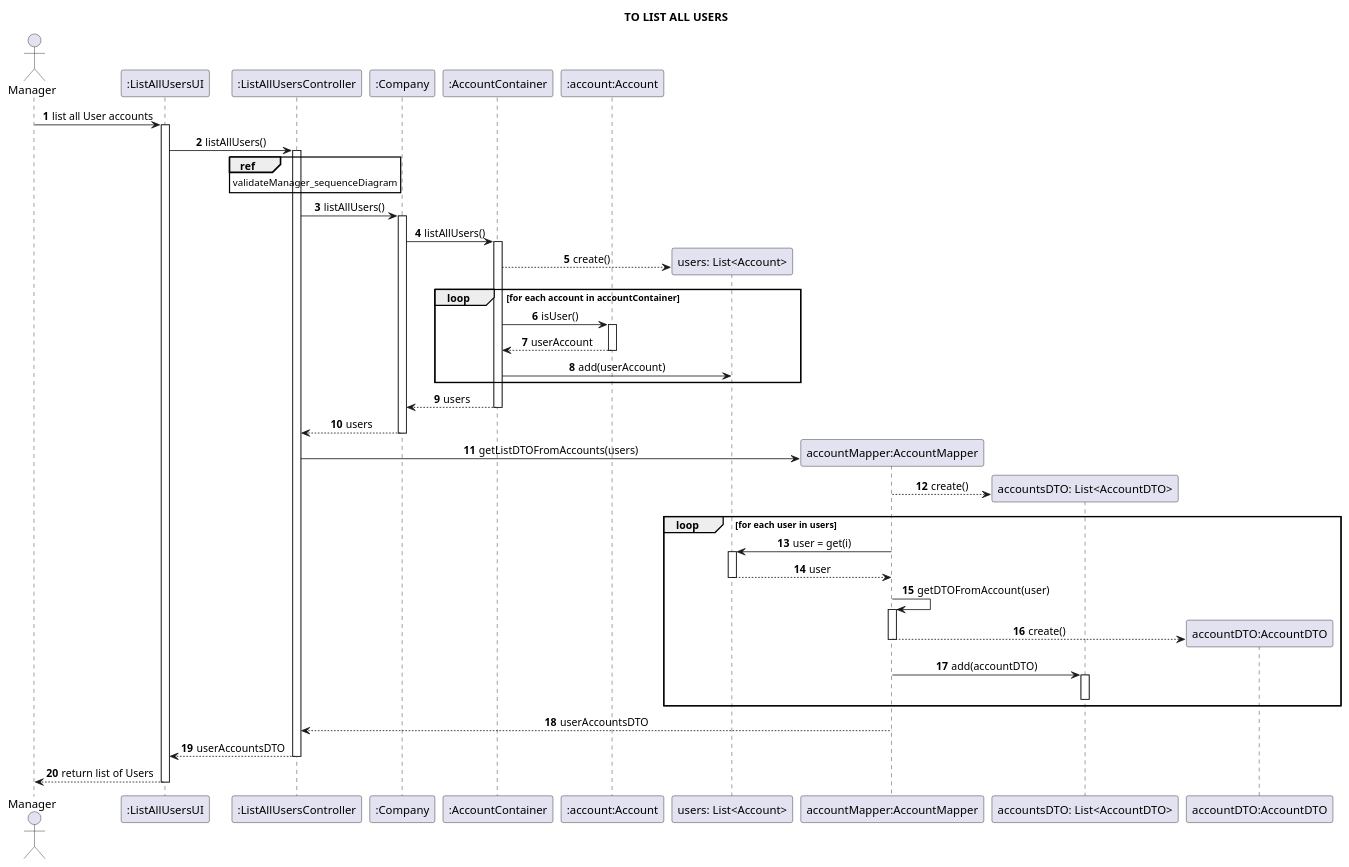
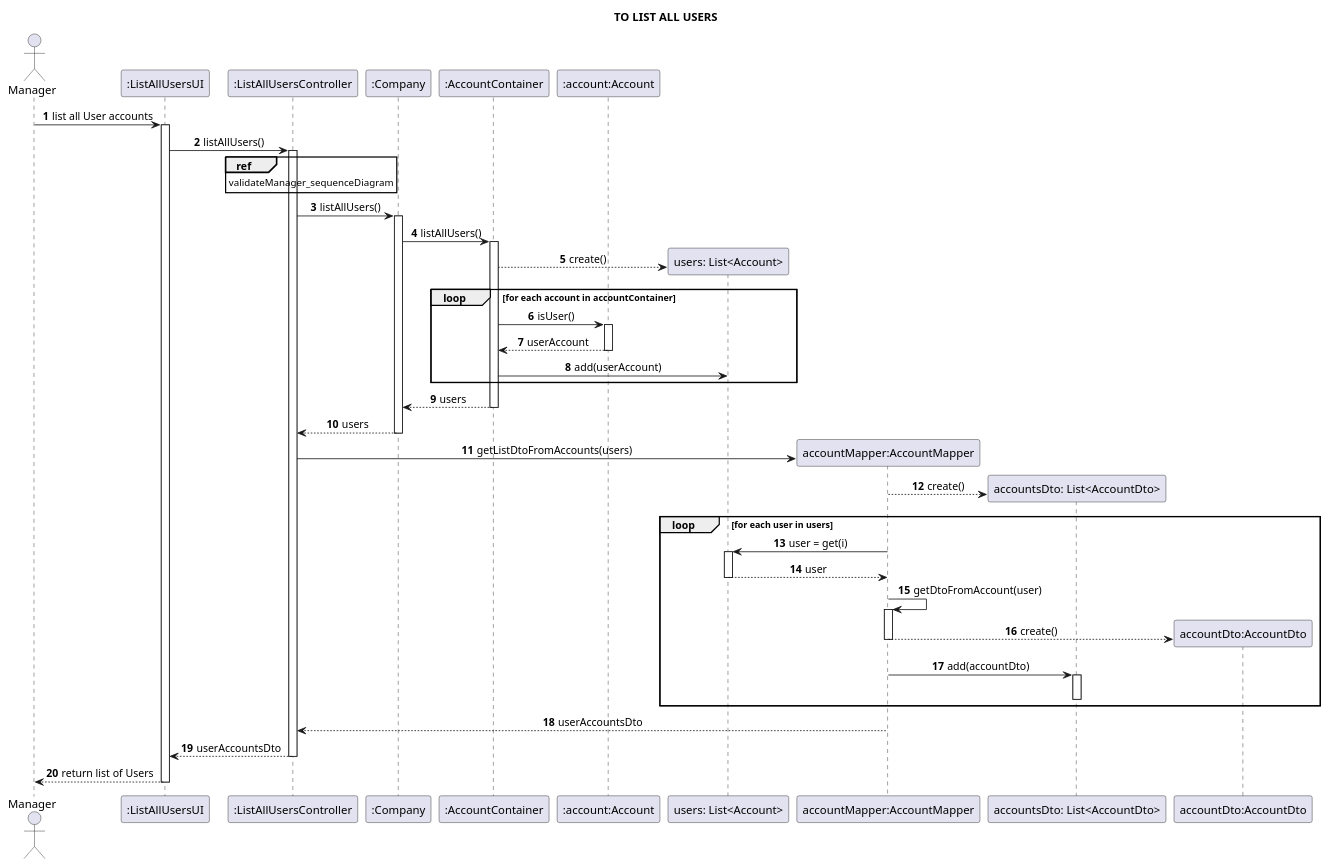
One commit to Loracline/project_switch_22-23 changed the diagram in docs/modelling_design/user_stories/reference_diagrams/listAllUsers_sequenceDiagram.puml. Above: the diagram before and after it, drawn with PlantUML. The commit also changed 6 other files, not shown here.

Commit message:
Reference Diagrams (general): Design: refinement. Renaming the methods name with "DTO" to "Dto”. Correction of naming in the method present in some Sequence Diagrams, “checkAccountfromEmail(email)” to "checkAccountFromEmail(email)". Add validateAdministrator and validateUser respective Class Diagram

```diff
--- a/docs/modelling_design/user_stories/reference_diagrams/listAllUsers_sequenceDiagram.puml
+++ b/docs/modelling_design/user_stories/reference_diagrams/listAllUsers_sequenceDiagram.puml
@@ -1,63 +1,63 @@
 @startuml
 
 skinparam sequenceMessageAlign center
 title TO LIST ALL USERS
 autonumber
 
 actor Manager
 participant ":ListAllUsersUI" as ui
 participant ":ListAllUsersController" as controller
 participant ":Company" as company
 participant ":AccountContainer" as container
 participant ":account:Account" as acc
 participant "users: List<Account>" as list
 participant "accountMapper:AccountMapper" as mapper
-participant "accountsDTO: List<AccountDTO>" as dtolist
-participant "accountDTO:AccountDTO" as dto
+participant "accountsDto: List<AccountDto>" as dtolist
+participant "accountDto:AccountDto" as dto
 
 Manager -> ui: list all User accounts
 activate ui
 ui -> controller: listAllUsers()
 activate controller
 ref over controller: validateManager_sequenceDiagram
 controller -> company: listAllUsers()
 activate company
 company -> container: listAllUsers()
 activate container
 create list
 container --> list: create()
 loop for each account in accountContainer
 container -> acc : isUser()
 activate acc
 acc --> container: userAccount
 deactivate acc
 container -> list: add(userAccount)
 end loop
 container --> company: users
 deactivate container
 company --> controller: users
 deactivate company
 create mapper
-controller -> mapper: getListDTOFromAccounts(users)
+controller -> mapper: getListDtoFromAccounts(users)
 create dtolist
 mapper --> dtolist: create()
 loop for each user in users
 mapper -> list: user = get(i)
 activate list
 list --> mapper: user
 deactivate list
-mapper -> mapper: getDTOFromAccount(user)
+mapper -> mapper: getDtoFromAccount(user)
 activate mapper
 create dto
 mapper --> dto: create()
 deactivate mapper
-mapper -> dtolist: add(accountDTO)
+mapper -> dtolist: add(accountDto)
 activate dtolist
 deactivate dtolist
 end loop
-mapper --> controller: userAccountsDTO
-controller --> ui: userAccountsDTO
+mapper --> controller: userAccountsDto
+controller --> ui: userAccountsDto
 deactivate controller
 ui --> Manager: return list of Users
 deactivate ui
 @enduml
```
